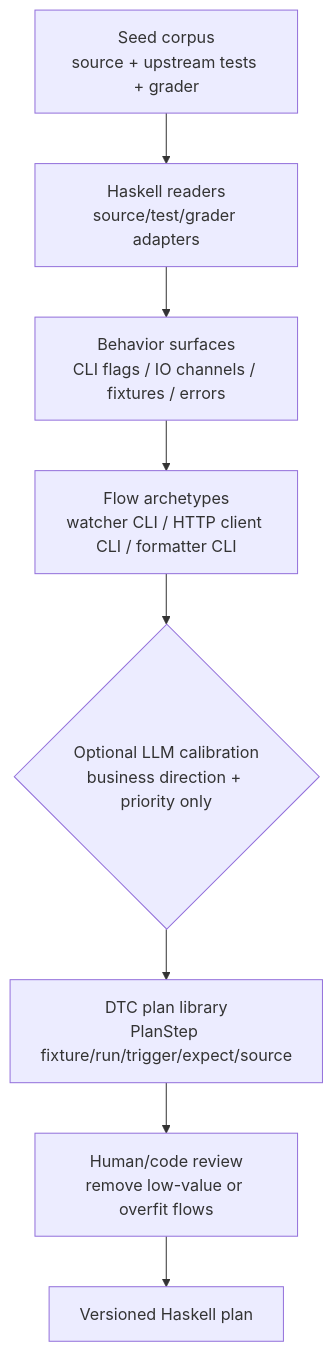
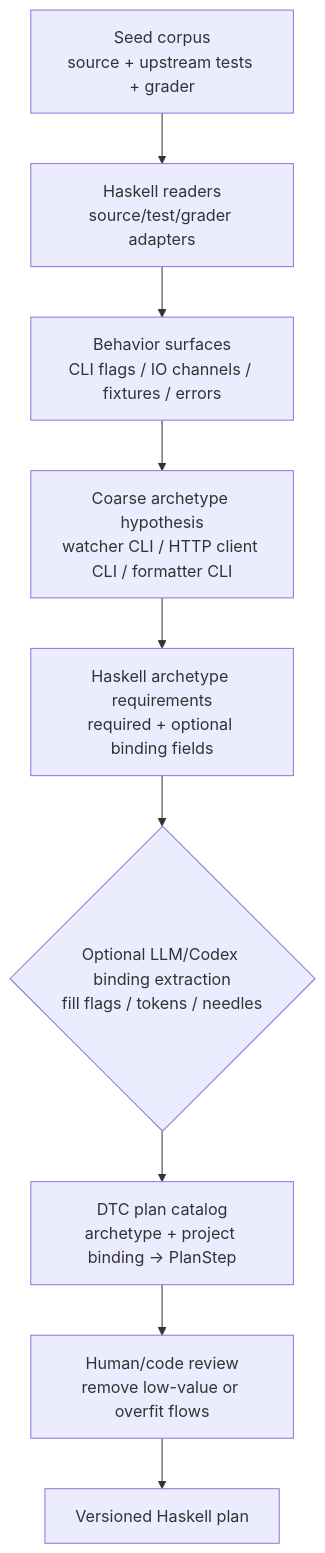
Before and after one commit to fucommingsoon/hs-blackbox-agent: the first of 2 diagrams in FLOW.md, drawn with Mermaid. The commit also changed other lines of this file and 19 other files, not shown here.

Commit message:
Add DTC watcher binding workflow

````diff
--- a/FLOW.md
+++ b/FLOW.md
@@ -10,10 +14,11 @@
 ```mermaid
 flowchart TD
     Corpus[Seed corpus<br/>source + upstream tests + grader] --> Read
     Read[Haskell readers<br/>source/test/grader adapters] --> Surface
     Surface[Behavior surfaces<br/>CLI flags / IO channels / fixtures / errors] --> Archetype
-    Archetype[Flow archetypes<br/>watcher CLI / HTTP client CLI / formatter CLI] --> Calibrate
-    Calibrate{Optional LLM calibration<br/>business direction + priority only} --> Plan
-    Plan[DTC plan library<br/>PlanStep fixture/run/trigger/expect/source] --> Review
+    Archetype[Coarse archetype hypothesis<br/>watcher CLI / HTTP client CLI / formatter CLI] --> Requirements
+    Requirements[Haskell archetype requirements<br/>required + optional binding fields] --> Calibrate
+    Calibrate{Optional LLM/Codex binding extraction<br/>fill flags / tokens / needles} --> Plan
+    Plan[DTC plan catalog<br/>archetype + project binding -> PlanStep] --> Review
     Review[Human/code review<br/>remove low-value or overfit flows] --> Versioned[Versioned Haskell plan]
 ```
````
